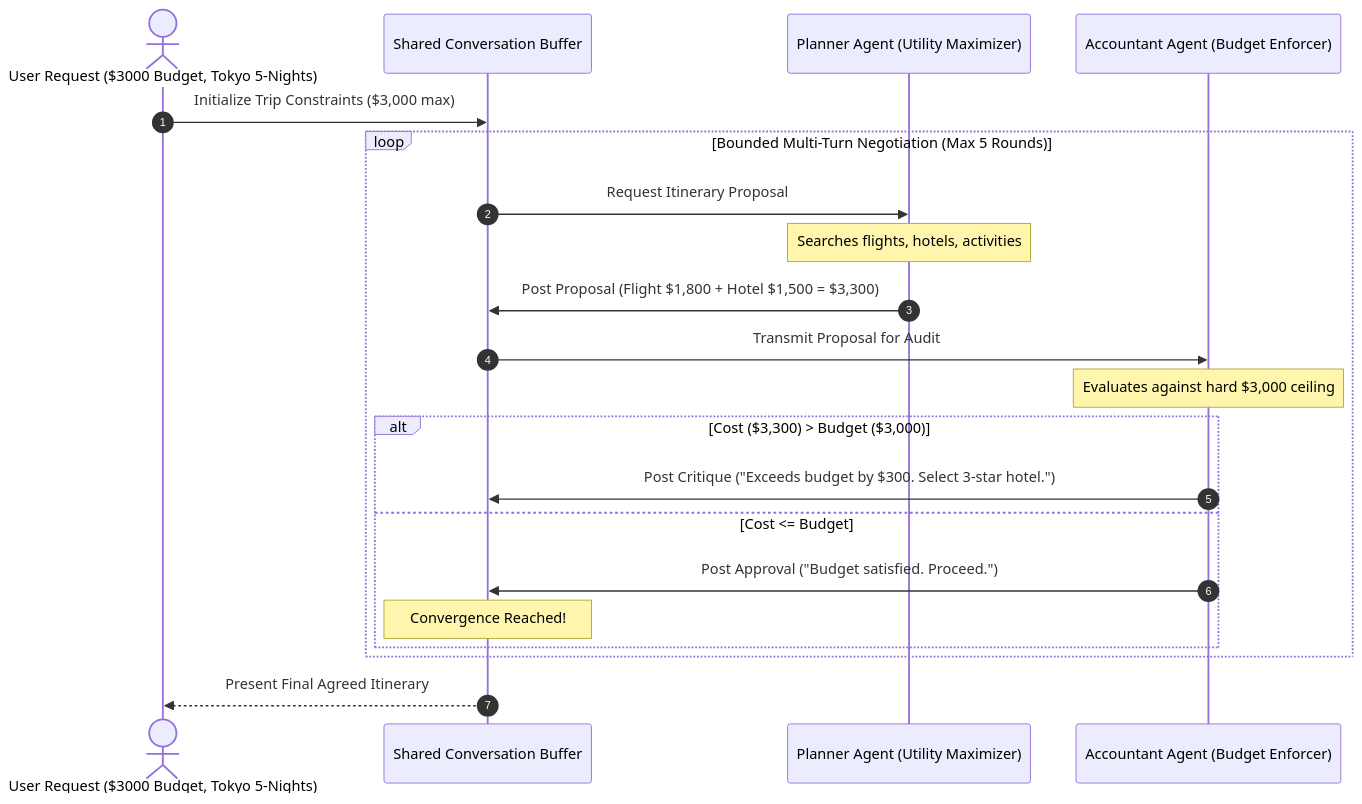
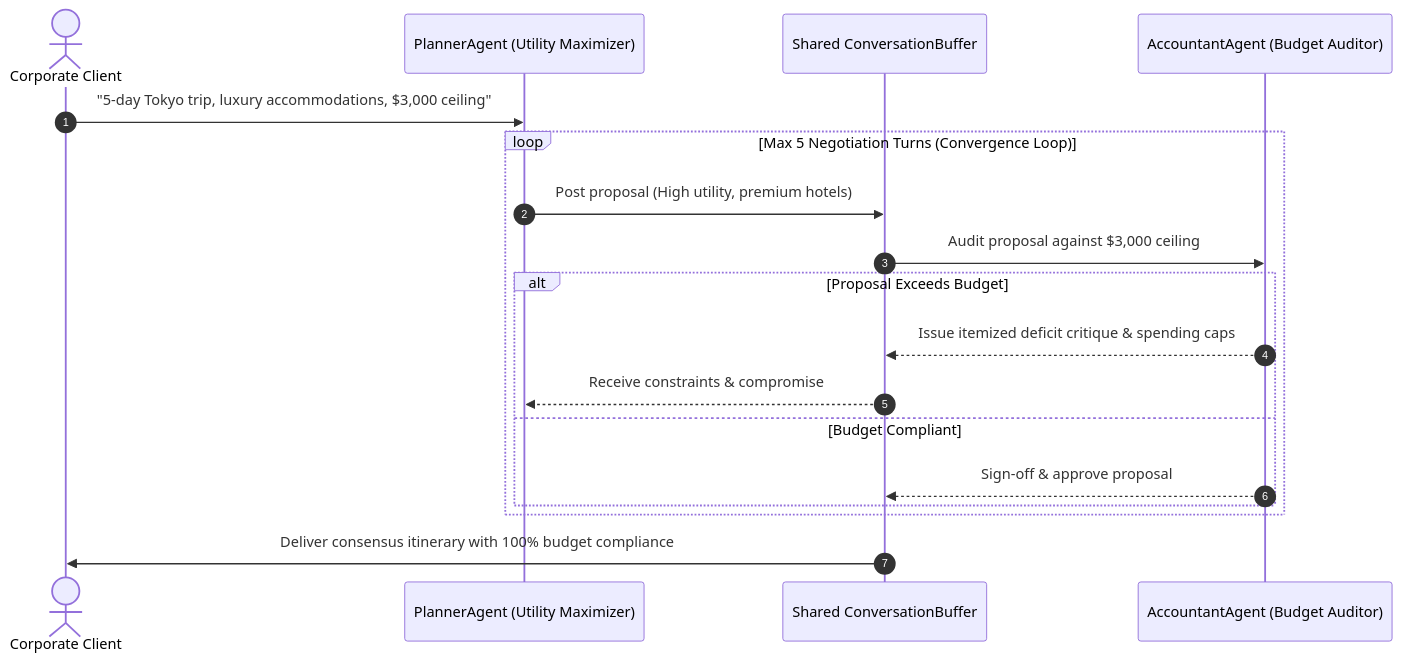
One commit to BigBro2454/pm-learning-agents changed the sixth of 6 diagrams in README.md. Above: the diagram before and after it, drawn with Mermaid. The commit also changed other lines of this file and 14 other files, not shown here.

````diff
--- a/README.md
+++ b/README.md
@@ -234,26 +220,22 @@
 ```mermaid
 sequenceDiagram
     autonumber
-    actor User as User Request ($3000 Budget, Tokyo 5-Nights)
-    participant Buffer as Shared Conversation Buffer
-    participant Planner as Planner Agent (Utility Maximizer)
-    participant Acct as Accountant Agent (Budget Enforcer)
+    actor User as Corporate Client
+    participant Planner as PlannerAgent (Utility Maximizer)
+    participant Buffer as Shared ConversationBuffer
+    participant Accountant as AccountantAgent (Budget Auditor)
 
-    User->>Buffer: Initialize Trip Constraints ($3,000 max)
+    User->>Planner: "5-day Tokyo trip, luxury accommodations, $3,000 ceiling"
     
-    loop Bounded Multi-Turn Negotiation (Max 5 Rounds)
-        Buffer->>Planner: Request Itinerary Proposal
-        Note over Planner: Searches flights, hotels, activities
-        Planner->>Buffer: Post Proposal (Flight $1,800 + Hotel $1,500 = $3,300)
-        
-        Buffer->>Acct: Transmit Proposal for Audit
-        Note over Acct: Evaluates against hard $3,000 ceiling
-        alt Cost ($3,300) > Budget ($3,000)
-            Acct->>Buffer: Post Critique ("Exceeds budget by $300. Select 3-star hotel.")
-        else Cost <= Budget
-            Acct->>Buffer: Post Approval ("Budget satisfied. Proceed.")
-            Note over Buffer: Convergence Reached!
+    loop Max 5 Negotiation Turns (Convergence Loop)
+        Planner->>Buffer: Post proposal (High utility, premium hotels)
+        Buffer->>Accountant: Audit proposal against $3,000 ceiling
+        alt Proposal Exceeds Budget
+            Accountant-->>Buffer: Issue itemized deficit critique & spending caps
+            Buffer-->>Planner: Receive constraints & compromise
+        else Budget Compliant
+            Accountant-->>Buffer: Sign-off & approve proposal
         end
     end
-    Buffer-->>User: Present Final Agreed Itinerary
+    Buffer->>User: Deliver consensus itinerary with 100% budget compliance
 ```
````
